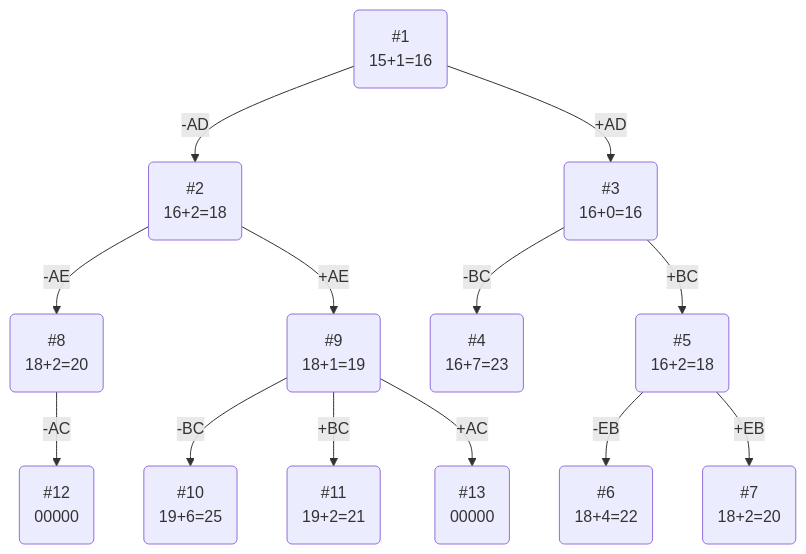
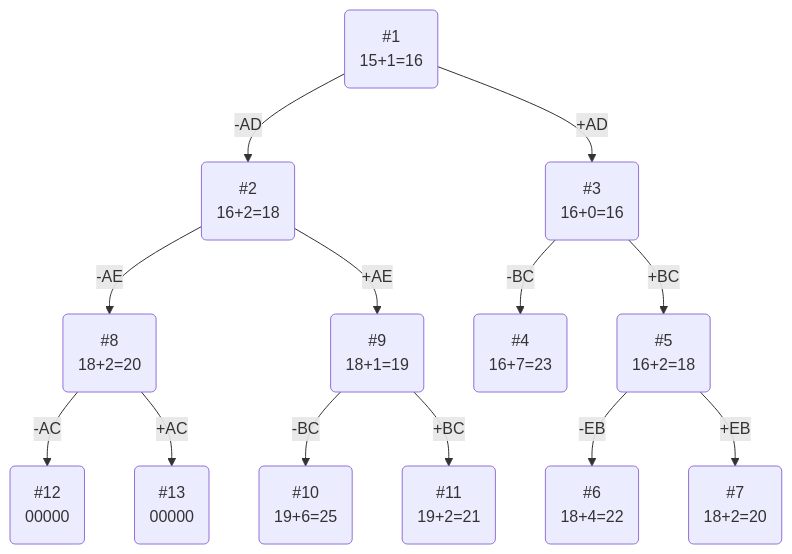
The diagram in task_20/citrine.md (HSE-algo-23-crow/manual_tasks), drawn with Mermaid before and after one commit.

Commit message:
Update citrine.md
8

````diff
--- a/task_20/citrine.md
+++ b/task_20/citrine.md
@@ -78,15 +78,15 @@
 ```mermaid
 graph TB
     1(#1\n15+1=16)-->|-AD|2(#2\n16+2=18)
     1-->|+AD|3(#3\n16+0=16)
     3-->|-BC|4(#4\n16+7=23)
     3-->|+BC|5(#5\n16+2=18)
     5-->|-EB|6(#6\n18+4=22)
     5-->|+EB|7(#7\n18+2=20)
     2-->|-AE|8(#8\n18+2=20)
     2-->|+AE|9(#9\n18+1=19)
     9-->|-BC|10(#10\n19+6=25)
     9-->|+BC|11(#11\n19+2=21)
     8-->|-AC|12(#12\n00000)
-    9-->|+AC|13(#13\n00000)
+    8-->|+AC|13(#13\n00000)
 ```
````
